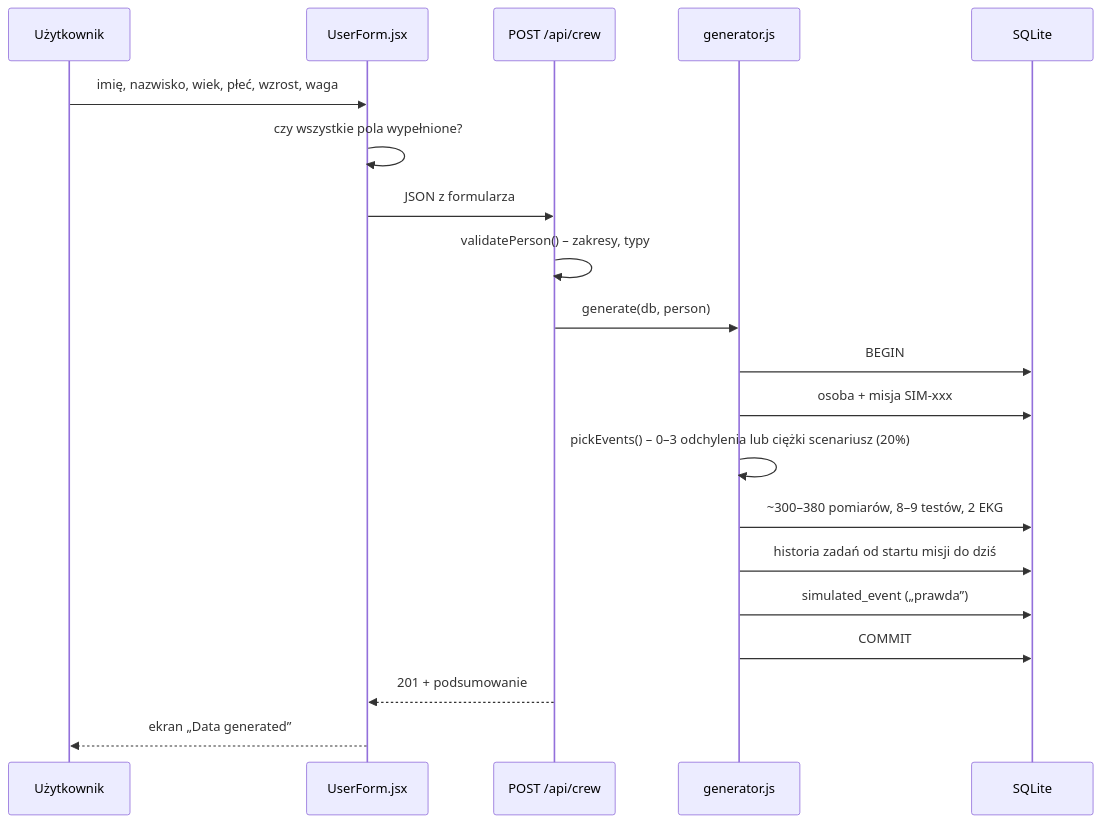
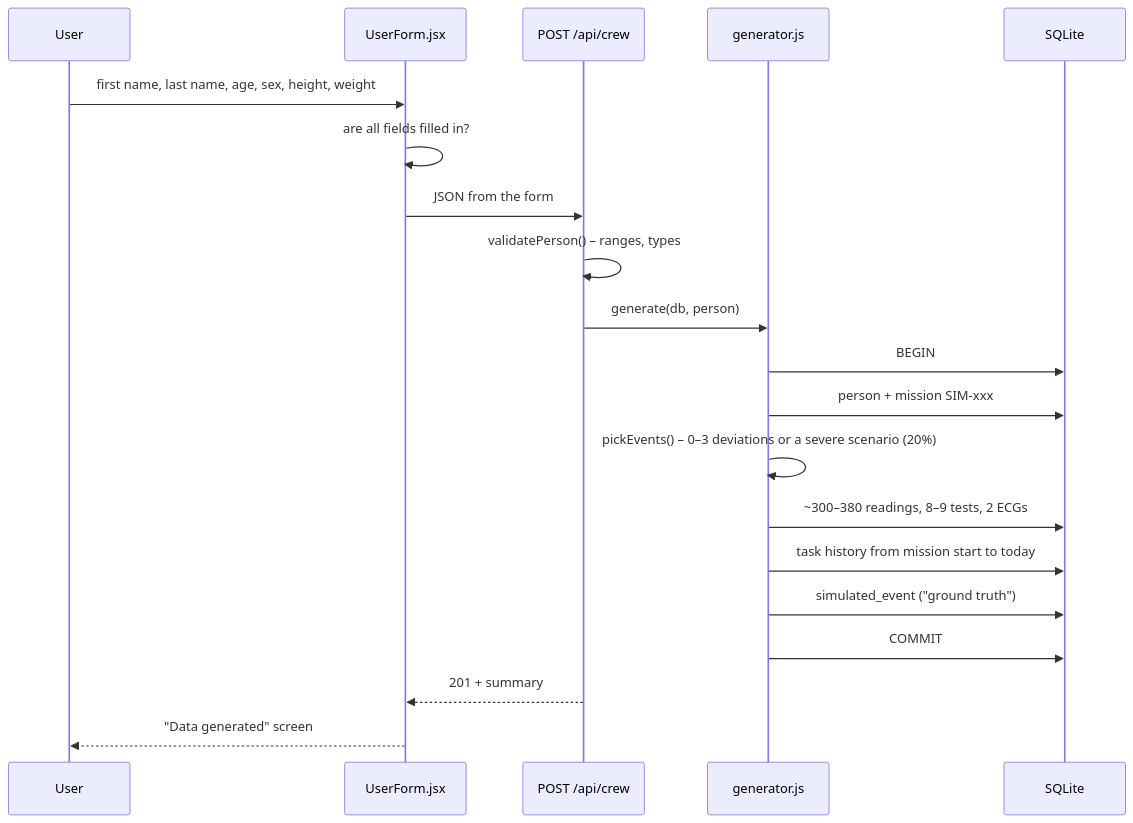
Before and after one commit to KacperModelu/HackatonHealthMonitoringSystem: the second of 3 diagrams in README.md, drawn with Mermaid. The commit also changed other lines of this file and 3 other files, not shown here.

````diff
--- a/README.md
+++ b/README.md
@@ -197,23 +197,23 @@
 ```mermaid
 sequenceDiagram
-    participant U as Użytkownik
+    participant U as User
     participant F as UserForm.jsx
     participant A as POST /api/crew
     participant G as generator.js
     participant D as SQLite
 
-    U->>F: imię, nazwisko, wiek, płeć, wzrost, waga
-    F->>F: czy wszystkie pola wypełnione?
-    F->>A: JSON z formularza
-    A->>A: validatePerson() – zakresy, typy
+    U->>F: first name, last name, age, sex, height, weight
+    F->>F: are all fields filled in?
+    F->>A: JSON from the form
+    A->>A: validatePerson() – ranges, types
     A->>G: generate(db, person)
     G->>D: BEGIN
-    G->>D: osoba + misja SIM-xxx
-    G->>G: pickEvents() – 0–3 odchylenia lub ciężki scenariusz (20%)
-    G->>D: ~300–380 pomiarów, 8–9 testów, 2 EKG
-    G->>D: historia zadań od startu misji do dziś
-    G->>D: simulated_event („prawda”)
+    G->>D: person + mission SIM-xxx
+    G->>G: pickEvents() – 0–3 deviations or a severe scenario (20%)
+    G->>D: ~300–380 readings, 8–9 tests, 2 ECGs
+    G->>D: task history from mission start to today
+    G->>D: simulated_event ("ground truth")
     G->>D: COMMIT
-    A-->>F: 201 + podsumowanie
-    F-->>U: ekran „Data generated”
+    A-->>F: 201 + summary
+    F-->>U: "Data generated" screen
 ```
````
